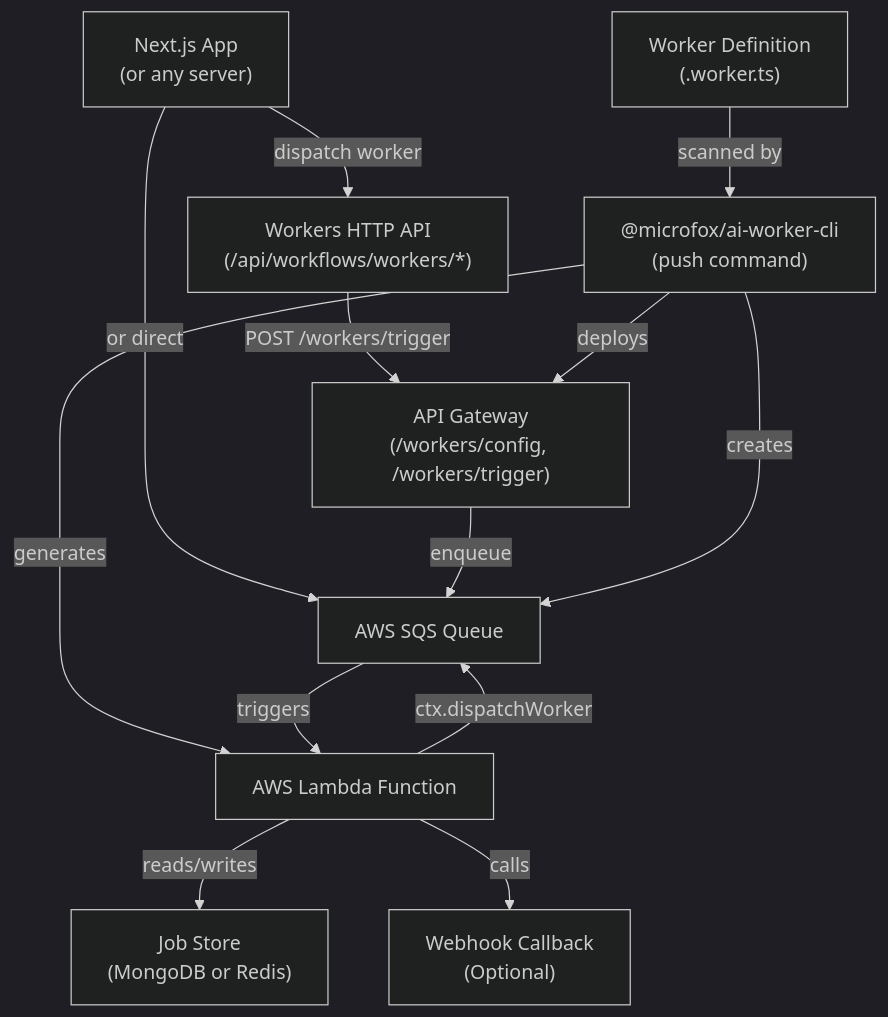
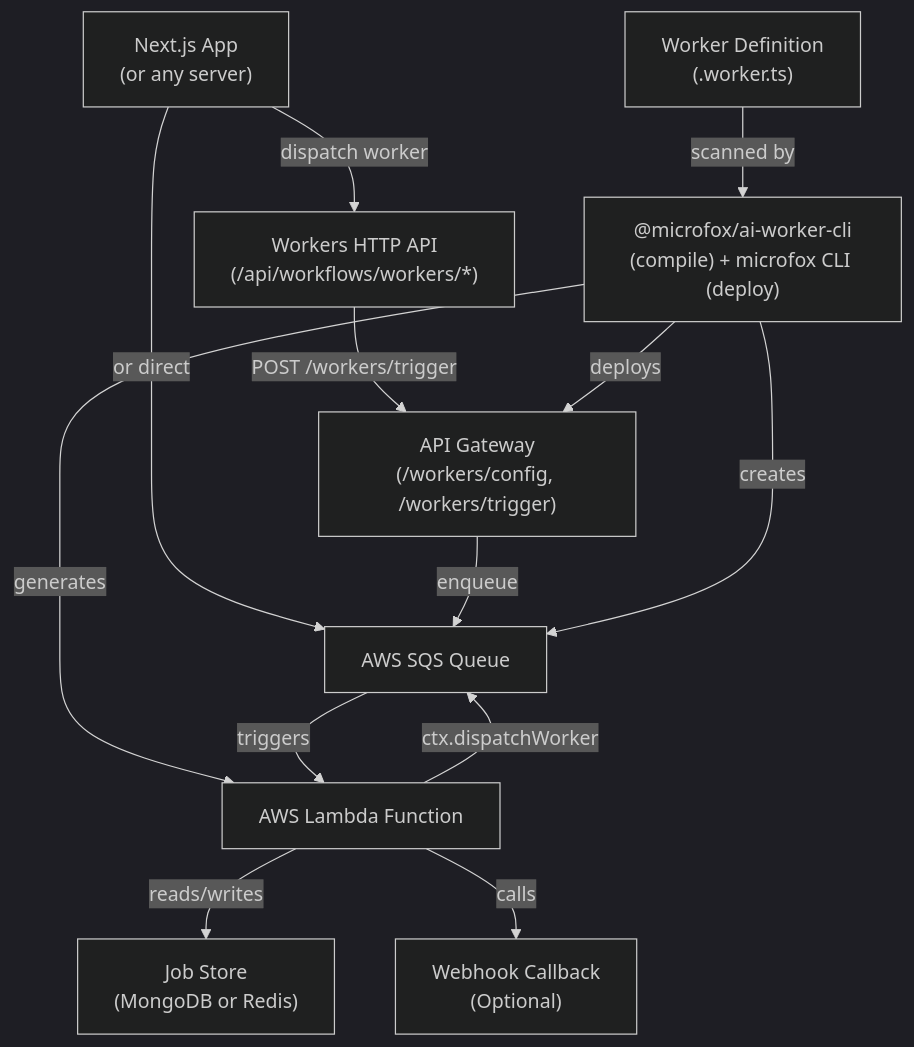
Before and after one commit to microfox-ai/ai-router: the diagram in docs/ai-router/advanced/worker-architecture.mdx, drawn with Mermaid (dark theme). The commit also changed other lines of this file and 1 other file, not shown here.

First line of the commit message:
docs: update HITL queues and worker architecture documentation

````diff
--- a/docs/ai-router/advanced/worker-architecture.mdx
+++ b/docs/ai-router/advanced/worker-architecture.mdx
@@ -18,25 +18,25 @@
 ```mermaid
 flowchart TD
   App["Next.js App<br/>(or any server)"]
   WorkersAPI["Workers HTTP API<br/>(/api/workflows/workers/*)"]
   WorkerDef["Worker Definition<br/>(.worker.ts)"]
-  CLI["@microfox/ai-worker-cli<br/>(push command)"]
+  CLI["@microfox/ai-worker-cli<br/>(compile) + microfox CLI (deploy)"]
   SQS["AWS SQS Queue"]
   Lambda["AWS Lambda Function"]
   JobStore["Job Store<br/>(MongoDB or Redis)"]
   APIGateway["API Gateway<br/>(/workers/config, /workers/trigger)"]
   Webhook["Webhook Callback<br/>(Optional)"]
 
   App -->|"dispatch worker"| WorkersAPI
   App -->|"or direct"| SQS
   WorkersAPI -->|"POST /workers/trigger"| APIGateway
   APIGateway -->|"enqueue"| SQS
   WorkerDef -->|"scanned by"| CLI
   CLI -->|"generates"| Lambda
   CLI -->|"creates"| SQS
   CLI -->|"deploys"| APIGateway
   SQS -->|"triggers"| Lambda
   Lambda -->|"reads/writes"| JobStore
   Lambda -->|"calls"| Webhook
   Lambda -->|"ctx.dispatchWorker"| SQS
 ```
````
